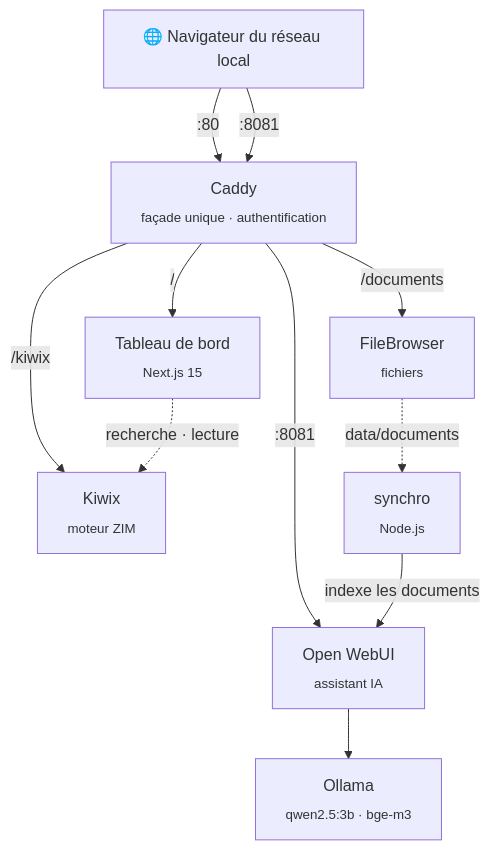
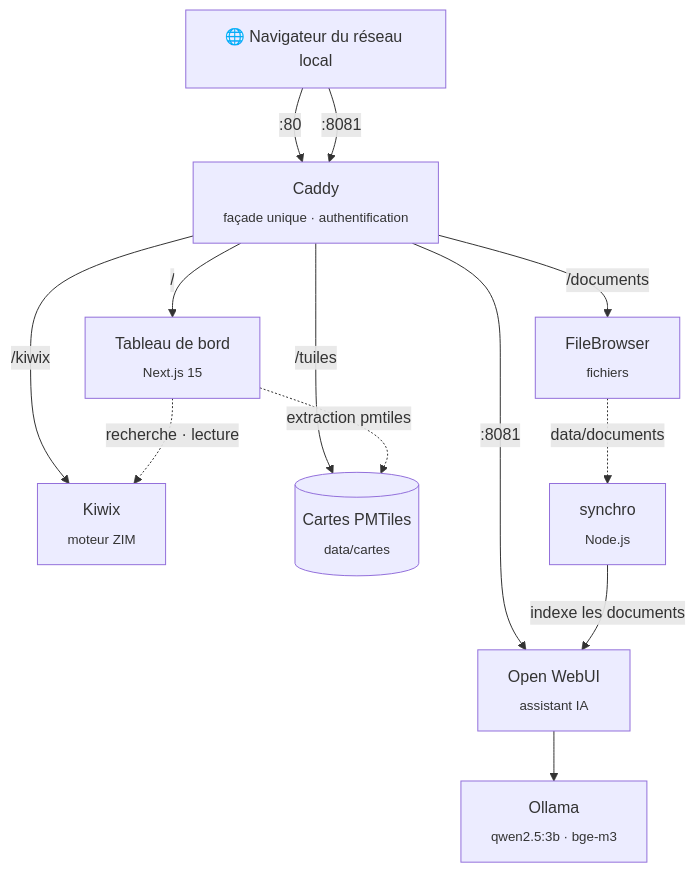
The second of 2 diagrams in README.md (Gorgo126/ODIN), drawn with Mermaid before and after one commit. The commit also changed other lines of this file, not shown here.

Commit message:
README : cartes hors ligne, services sans vérification de mise à jour

````diff
--- a/README.md
+++ b/README.md
@@ -86,14 +97,16 @@
 ```mermaid
 flowchart TB
     N["🌐 Navigateur du réseau local"] -->|":80"| CA
     N -->|":8081"| CA
     CA["Caddy<br/><sub>façade unique · authentification</sub>"]
     CA -->|"/"| D["Tableau de bord<br/><sub>Next.js 15</sub>"]
     CA -->|"/kiwix"| K["Kiwix<br/><sub>moteur ZIM</sub>"]
     CA -->|"/documents"| F["FileBrowser<br/><sub>fichiers</sub>"]
+    CA -->|"/tuiles"| T[("Cartes PMTiles<br/><sub>data/cartes</sub>")]
     CA -->|":8081"| W["Open WebUI<br/><sub>assistant IA</sub>"]
     W --> OL["Ollama<br/><sub>qwen2.5:3b · bge-m3</sub>"]
     SY["synchro<br/><sub>Node.js</sub>"] -->|"indexe les documents"| W
     F -.->|"data/documents"| SY
     D -.->|"recherche · lecture"| K
+    D -.->|"extraction pmtiles"| T
 ```
````
